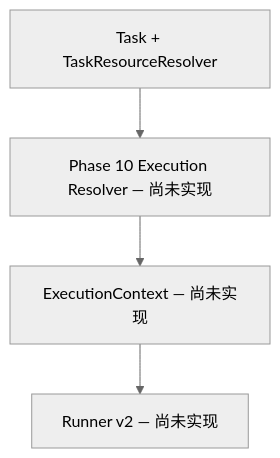
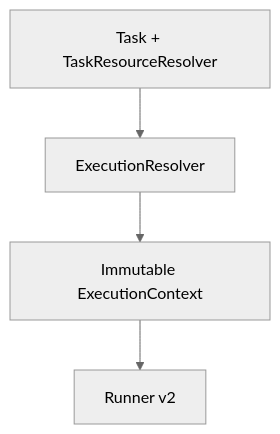
One commit to anysoft/qinglong changed the third of 3 diagrams in docs/architecture/13-task-domain.md. Above: the diagram before and after it, drawn with Mermaid (neutral theme). The commit also changed other lines of this file and 294 other files, not shown here.

Commit message:
Refactor platform architecture and workflows

````diff
--- a/docs/architecture/13-task-domain.md
+++ b/docs/architecture/13-task-domain.md
@@ -36,6 +36,6 @@
 ```mermaid
 flowchart TD
-  Definition[Task + TaskResourceResolver] --> Future[Phase 10 Execution Resolver — 尚未实现]
-  Future --> Context[ExecutionContext — 尚未实现]
-  Context --> Runner[Runner v2 — 尚未实现]
+  Definition[Task + TaskResourceResolver] --> Future[ExecutionResolver]
+  Future --> Context[Immutable ExecutionContext]
+  Context --> Runner[Runner v2]
 ```
````
